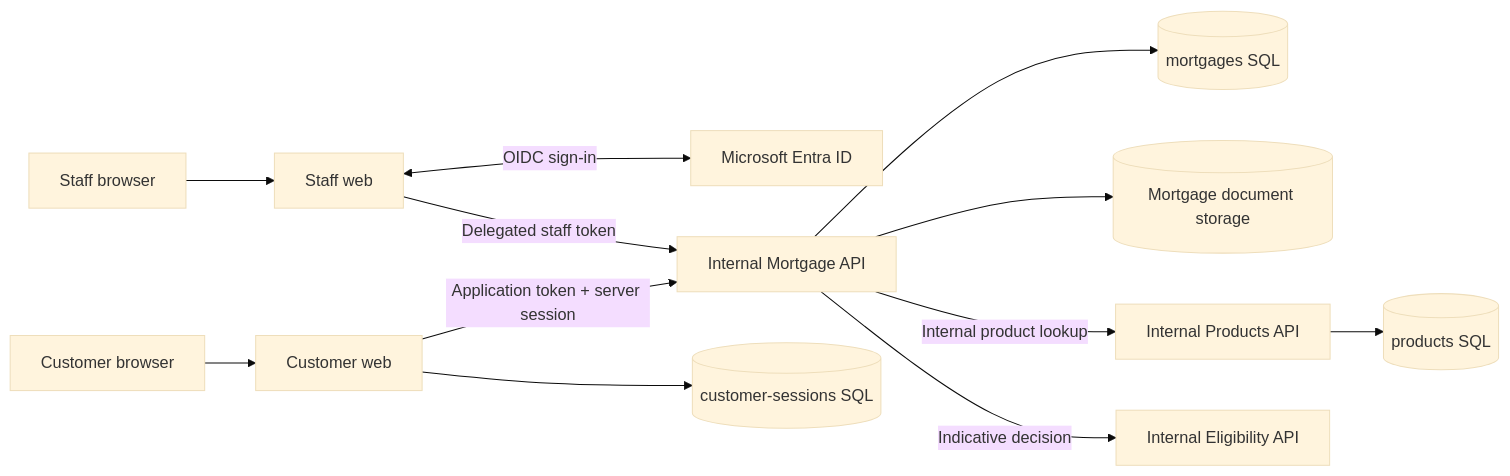
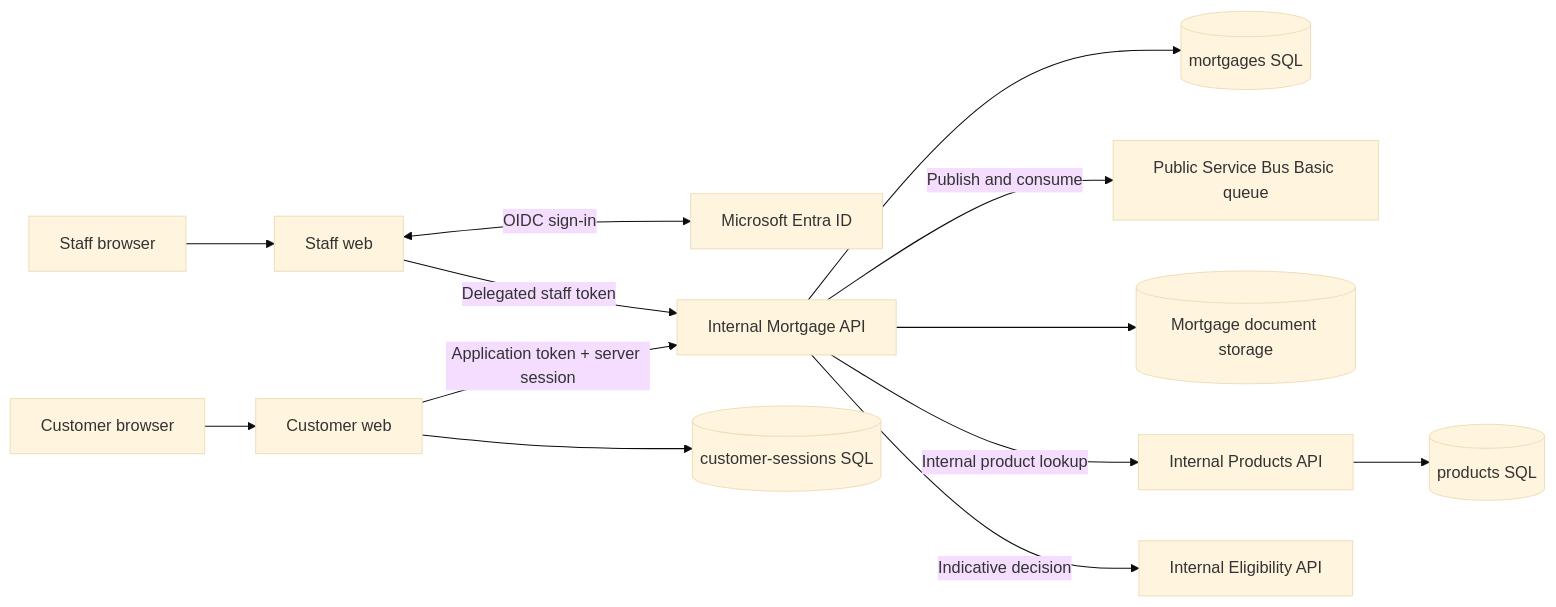
The first of 2 diagrams in docs/architecture.md (eyeballpaul/Mortgage-Processing-Application), drawn with Mermaid (base theme) before and after one commit. The commit also changed other lines of this file and 24 other files, not shown here.

Commit message:
Add service bus for submission notifications

````diff
--- a/docs/architecture.md
+++ b/docs/architecture.md
@@ -5,14 +5,15 @@
 ```mermaid
 flowchart LR
     Browser[Customer browser] --> Customer[Customer web]
     StaffBrowser[Staff browser] --> Staff[Staff web]
     Staff <-->|OIDC sign-in| Entra[Microsoft Entra ID]
     Customer -->|Application token + server session| API[Internal Mortgage API]
     Staff -->|Delegated staff token| API
     Customer --> Sessions[(customer-sessions SQL)]
     API --> Mortgage[(mortgages SQL)]
+    API -->|Publish and consume| Bus[Public Service Bus Basic queue]
     API --> Documents[(Mortgage document storage)]
     API -->|Internal product lookup| Products[Internal Products API]
     API -->|Indicative decision| Eligibility[Internal Eligibility API]
     Products --> ProductDb[(products SQL)]
 ```
````
